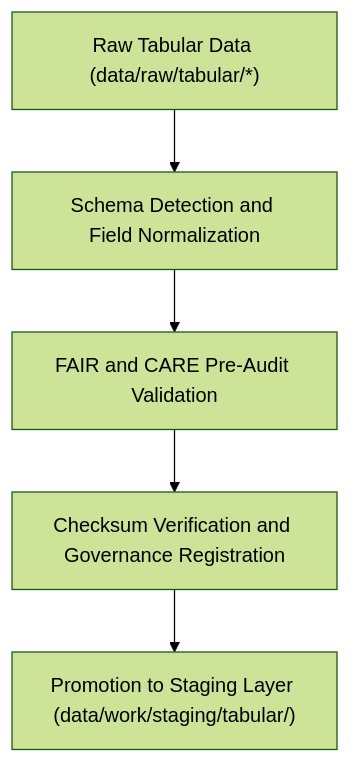
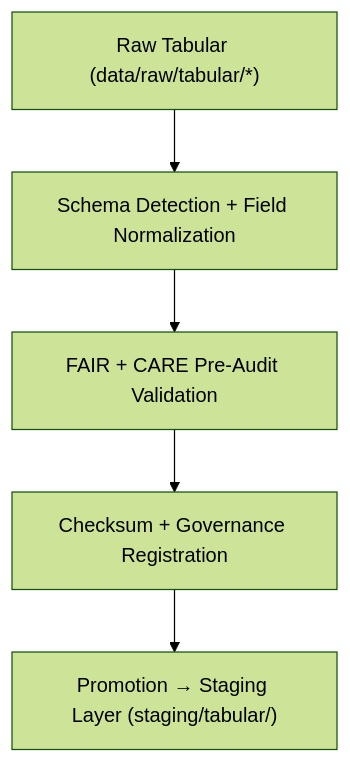
The diagram in data/work/staging/tabular/tmp/README.md (bartytime4life/Kansas-Frontier-Matrix), drawn with Mermaid (forest theme) before and after one commit. The commit also changed other lines of this file, not shown here.

````diff
--- a/data/work/staging/tabular/tmp/README.md
+++ b/data/work/staging/tabular/tmp/README.md
@@ -75,7 +75,7 @@
 ```mermaid
 flowchart TD
-    A["Raw Tabular Data (data/raw/tabular/*)"] --> B["Schema Detection and Field Normalization"]
-    B --> C["FAIR and CARE Pre-Audit Validation"]
-    C --> D["Checksum Verification and Governance Registration"]
-    D --> E["Promotion to Staging Layer (data/work/staging/tabular/)"]
+    A["Raw Tabular (data/raw/tabular/*)"] --> B["Schema Detection + Field Normalization"]
+    B --> C["FAIR + CARE Pre-Audit Validation"]
+    C --> D["Checksum + Governance Registration"]
+    D --> E["Promotion → Staging Layer (staging/tabular/)"]
 ```
````
